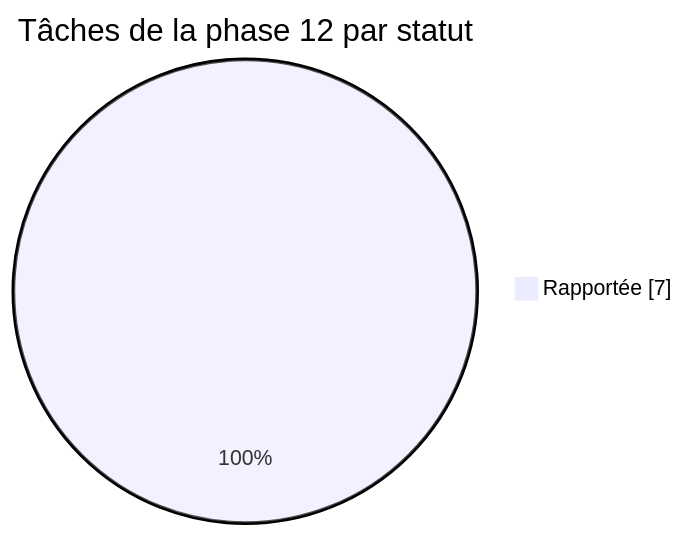
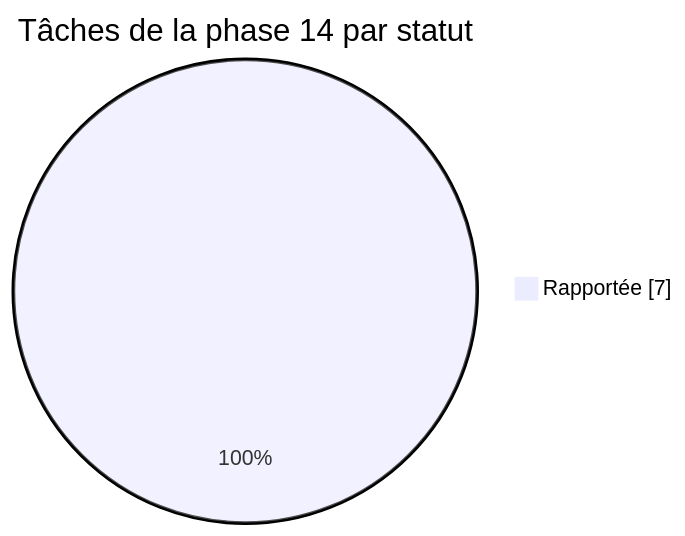
One commit to lyon32/lyonpanel changed the third of 5 diagrams in docs/reports/TABLEAU-DE-BORD.md. Above: the diagram before and after it, drawn with Mermaid. The commit also changed other lines of this file and 409 other files, not shown here.

````diff
--- a/docs/reports/TABLEAU-DE-BORD.md
+++ b/docs/reports/TABLEAU-DE-BORD.md
@@ -80,5 +79,5 @@
 ```mermaid
 pie showData
-  title Tâches de la phase 12 par statut
+  title Tâches de la phase 14 par statut
   "Rapportée" : 7
 ```
````
